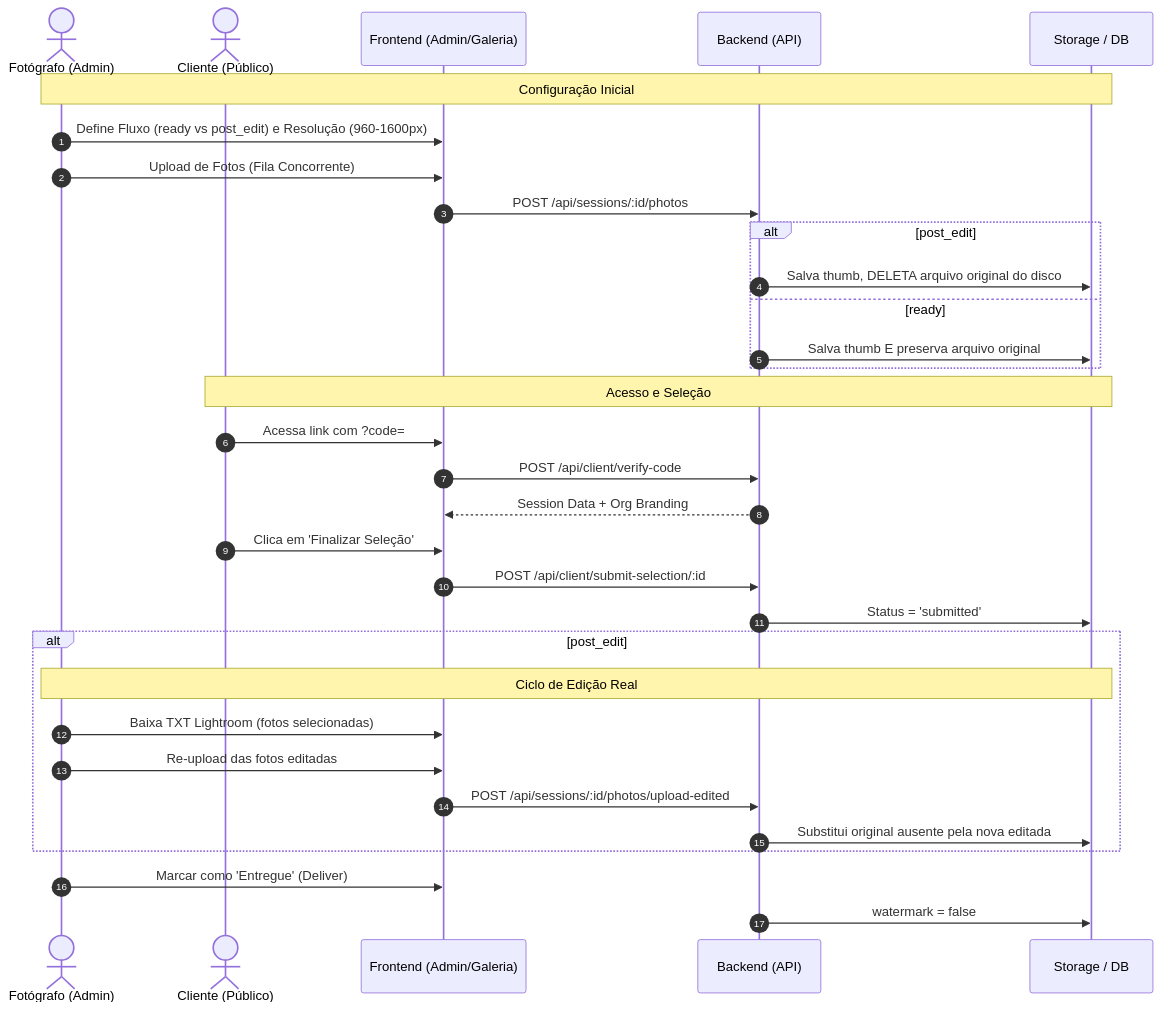
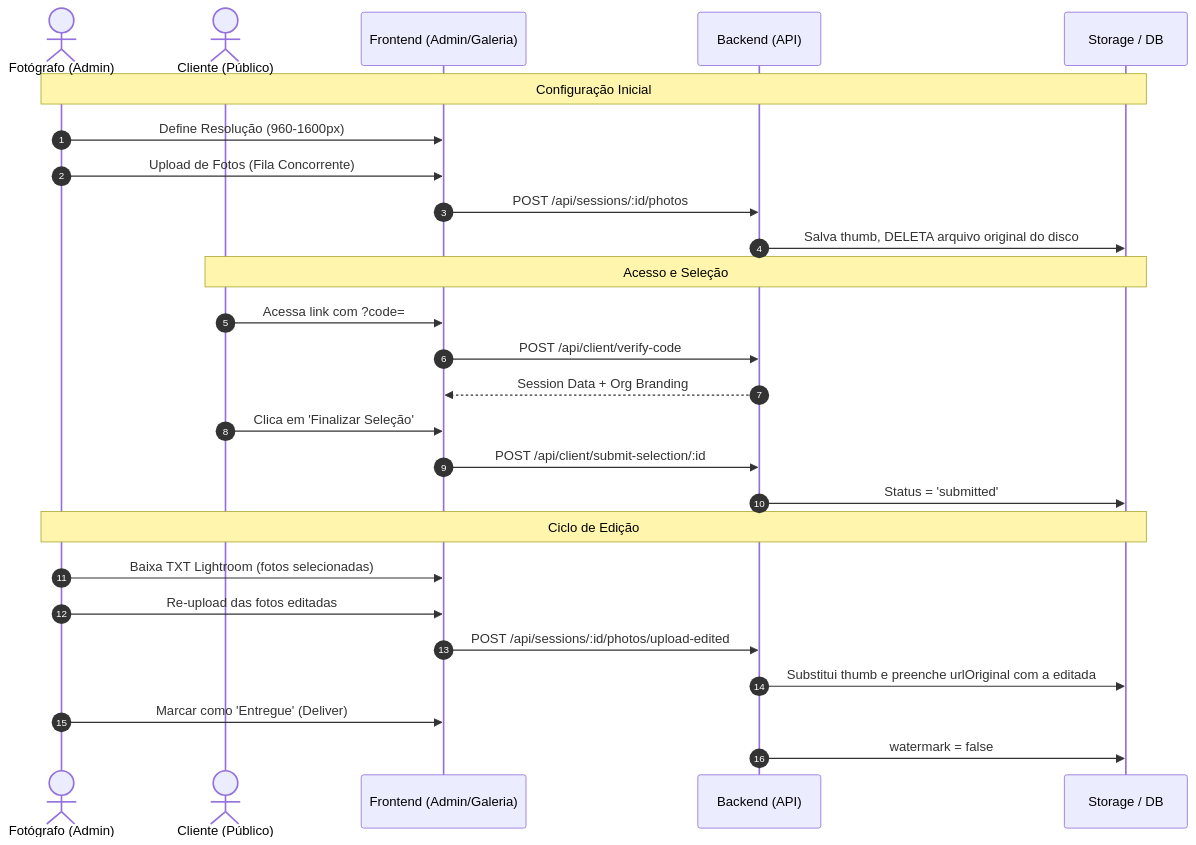
Before and after one commit to pach3c0/fs-saas: the second of 5 diagrams in skills/2_0_sessoes-clientes.md, drawn with Mermaid. The commit also changed other lines of this file and 4 other files, not shown here.

Commit message:
refactor: unify session workflow — remove ready/highResDelivery, keep only post_edit

````diff
--- a/skills/2_0_sessoes-clientes.md
+++ b/skills/2_0_sessoes-clientes.md
@@ -57,38 +40,32 @@
 ```mermaid
 sequenceDiagram
     autonumber
     actor P as Fotógrafo (Admin)
     actor C as Cliente (Público)
     participant F as Frontend (Admin/Galeria)
     participant B as Backend (API)
     participant S as Storage / DB
 
     Note over P, S: Configuração Inicial
-    P->>F: Define Fluxo (ready vs post_edit) e Resolução (960-1600px)
+    P->>F: Define Resolução (960-1600px)
     P->>F: Upload de Fotos (Fila Concorrente)
     F->>B: POST /api/sessions/:id/photos
-    alt post_edit
-        B->>S: Salva thumb, DELETA arquivo original do disco
-    else ready
-        B->>S: Salva thumb E preserva arquivo original
-    end
+    B->>S: Salva thumb, DELETA arquivo original do disco
 
     Note over C, S: Acesso e Seleção
     C->>F: Acessa link com ?code=
     F->>B: POST /api/client/verify-code
     B-->>F: Session Data + Org Branding
     C->>F: Clica em 'Finalizar Seleção'
     F->>B: POST /api/client/submit-selection/:id
     B->>S: Status = 'submitted'
 
-    alt post_edit
-        Note over P, S: Ciclo de Edição Real
-        P->>F: Baixa TXT Lightroom (fotos selecionadas)
-        P->>F: Re-upload das fotos editadas
-        F->>B: POST /api/sessions/:id/photos/upload-edited
-        B->>S: Substitui original ausente pela nova editada
-    end
+    Note over P, S: Ciclo de Edição
+    P->>F: Baixa TXT Lightroom (fotos selecionadas)
+    P->>F: Re-upload das fotos editadas
+    F->>B: POST /api/sessions/:id/photos/upload-edited
+    B->>S: Substitui thumb e preenche urlOriginal com a editada
 
     P->>F: Marcar como 'Entregue' (Deliver)
     B->>S: watermark = false
 ```
````
